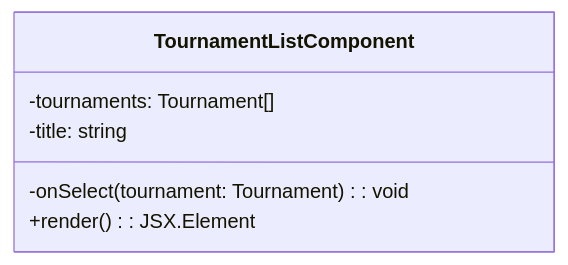
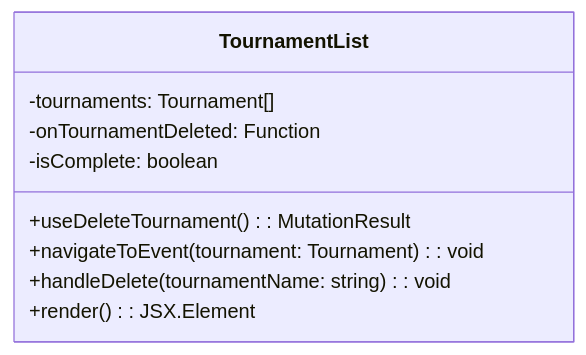
Diagram 23 of 38 in docs/Spring Quarter Deliverables/SDD.md (FencingSeniorDesign/client), drawn with Mermaid before and after one commit. The commit also changed other lines of this file, not shown here.

````diff
--- a/docs/Spring Quarter Deliverables/SDD.md
+++ b/docs/Spring Quarter Deliverables/SDD.md
@@ -922,9 +990,12 @@
 ```mermaid
 classDiagram
-    class TournamentListComponent {
+    class TournamentList {
         -tournaments: Tournament[]
-        -title: string
-        -onSelect(tournament: Tournament): void
+        -onTournamentDeleted: Function
+        -isComplete: boolean
+        +useDeleteTournament(): MutationResult
+        +navigateToEvent(tournament: Tournament): void
+        +handleDelete(tournamentName: string): void
         +render(): JSX.Element
     }
 ```
````
